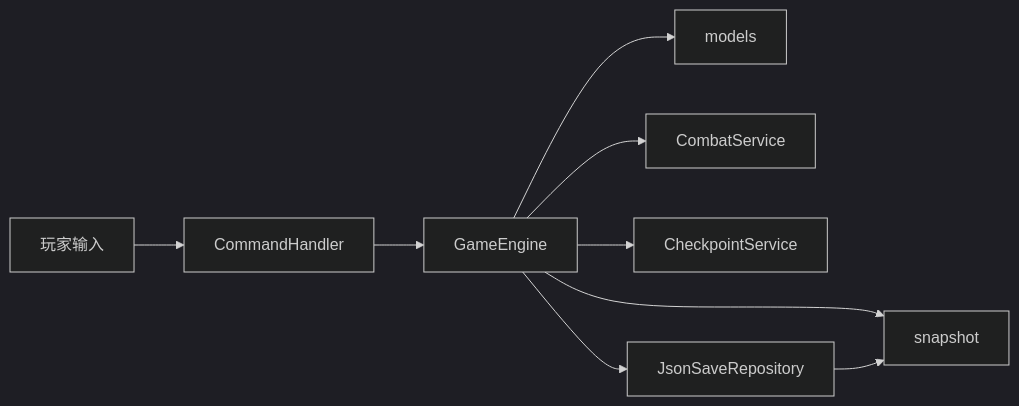
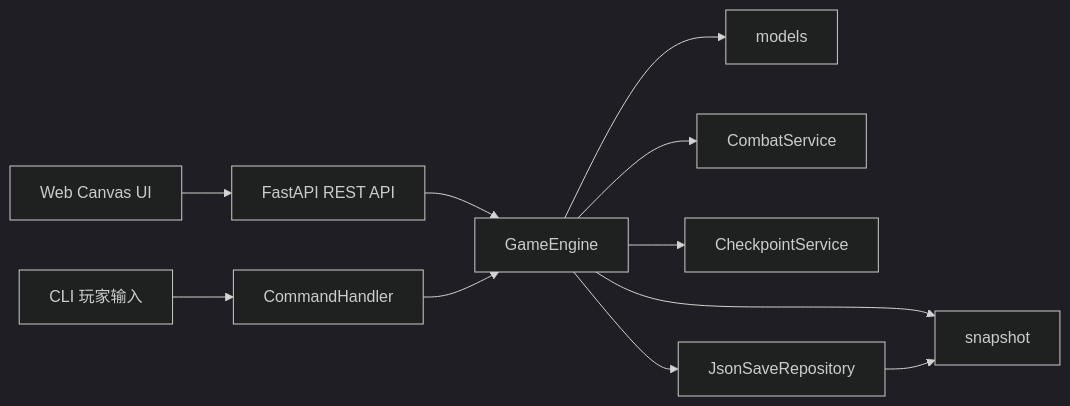
One commit to pursue-pure/ai-and-us changed the first of 2 diagrams in README.md. Above: the diagram before and after it, drawn with Mermaid (dark theme). The commit also changed other lines of this file and 13 other files, not shown here.

````diff
--- a/README.md
+++ b/README.md
@@ -38,11 +51,13 @@
 ```mermaid
 flowchart LR
-   U[玩家输入] --> C[CommandHandler]
+   U[CLI 玩家输入] --> C[CommandHandler]
+   W[Web Canvas UI] --> A[FastAPI REST API]
+   A --> E[GameEngine]
    C --> E[GameEngine]
    E --> M[models]
    E --> S1[CombatService]
    E --> S2[CheckpointService]
    E --> R[JsonSaveRepository]
    E --> P[snapshot]
    R --> P
 ```
````
